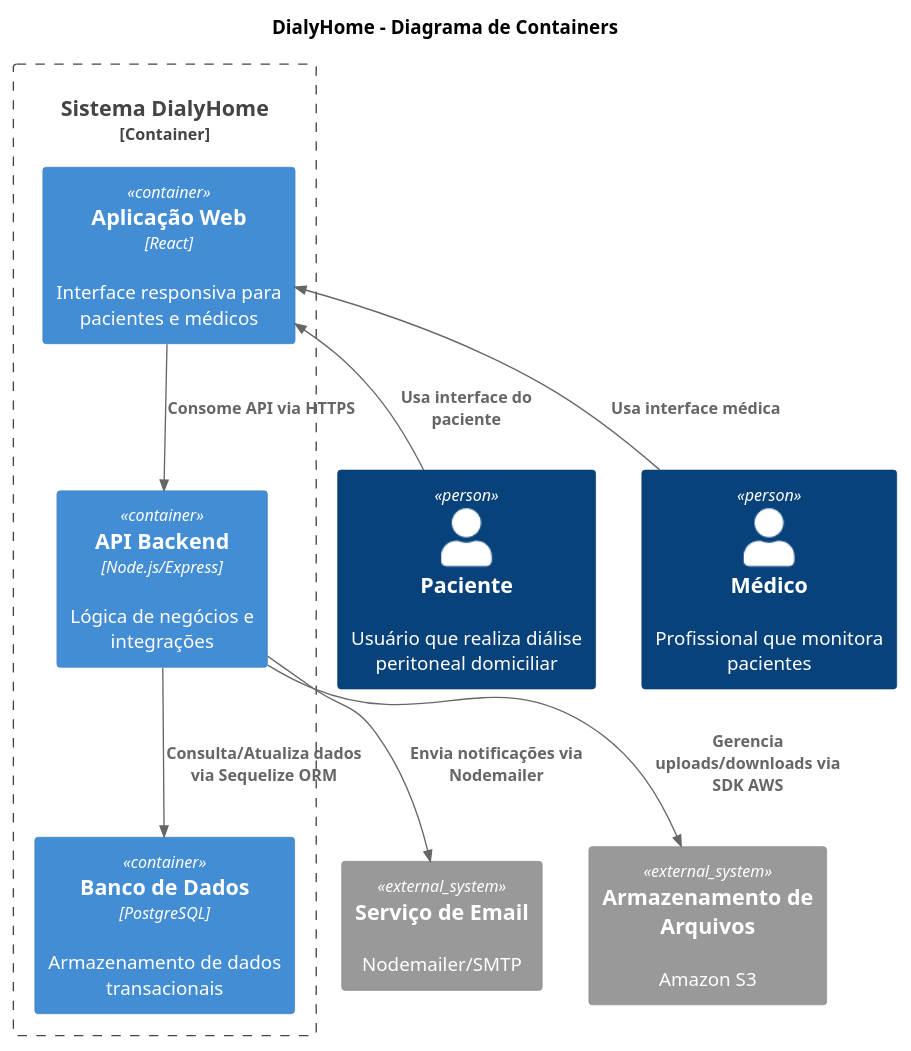
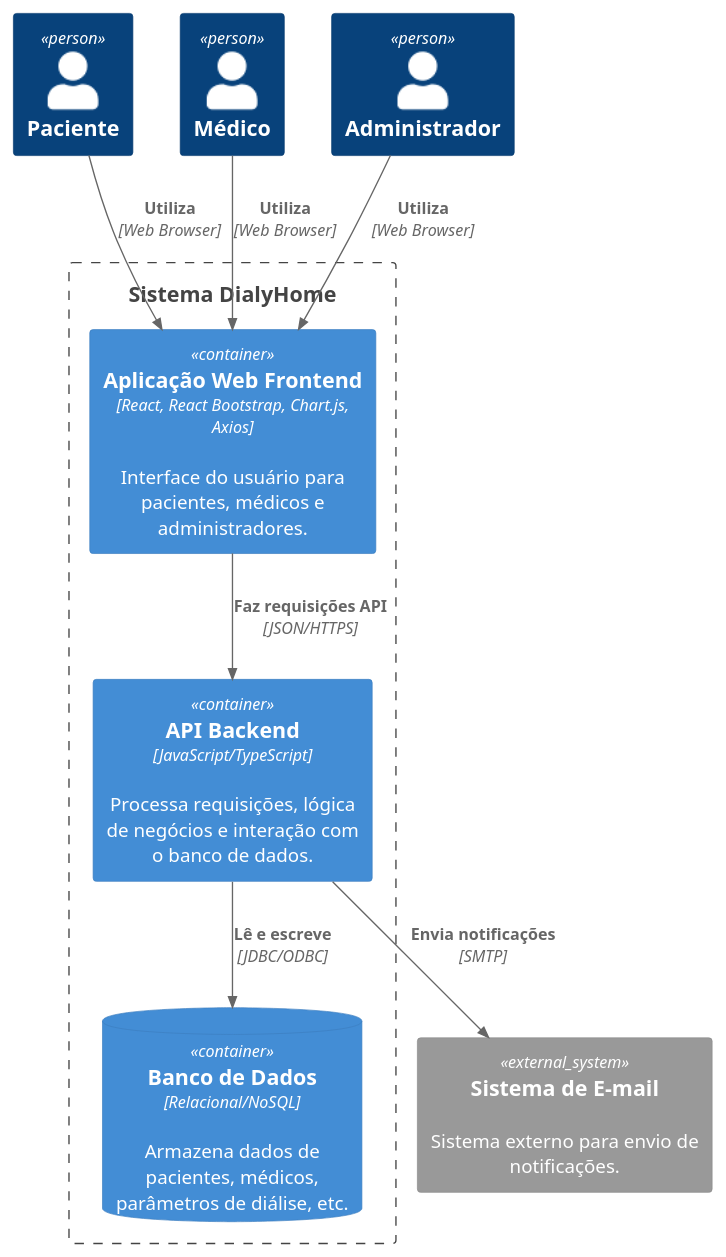
The diagram in C4model_dialise_peritonial_Nivel2_Containers.puml (Gabriela-Oliveira-Portifolio/DialyHome), drawn with PlantUML before and after one commit.

```diff
--- a/C4model_dialise_peritonial_Nivel2_Containers.puml
+++ b/C4model_dialise_peritonial_Nivel2_Containers.puml
@@ -1,26 +1,23 @@
 @startuml
-!includeurl https://raw.githubusercontent.com/plantuml-stdlib/C4-PlantUML/master/C4_Container.puml
+!include https://raw.githubusercontent.com/plantuml-stdlib/C4-PlantUML/master/C4_Container.puml
 
-title DialyHome - Diagrama de Containers
+Person(patient, "Paciente")
+Person(doctor, "Médico")
+Person(admin, "Administrador")
 
-' Definindo os atores do sistema
-Person(paciente, "Paciente", "Usuário que realiza diálise peritoneal domiciliar")
-Person(medico, "Médico", "Profissional que monitora pacientes")
+System_Ext(email_system, "Sistema de E-mail", "Sistema externo para envio de notificações.")
 
-Container_Boundary(sistema, "Sistema DialyHome") {
-    Container(web, "Aplicação Web", "React", "Interface responsiva para pacientes e médicos")
-    Container(api, "API Backend", "Node.js/Express", "Lógica de negócios e integrações")
-    Container(db, "Banco de Dados", "PostgreSQL", "Armazenamento de dados transacionais")
+Boundary(dialyhome_system, "Sistema DialyHome") {
+  Container(web_app, "Aplicação Web Frontend", "React, React Bootstrap, Chart.js, Axios", "Interface do usuário para pacientes, médicos e administradores.")
+  Container(api_backend, "API Backend", "JavaScript/TypeScript", "Processa requisições, lógica de negócios e interação com o banco de dados.")
+  ContainerDb(database, "Banco de Dados", "Relacional/NoSQL", "Armazena dados de pacientes, médicos, parâmetros de diálise, etc.")
 }
 
-System_Ext(email, "Serviço de Email", "Nodemailer/SMTP")
-System_Ext(s3, "Armazenamento de Arquivos", "Amazon S3")
+Rel(patient, web_app, "Utiliza", "Web Browser")
+Rel(doctor, web_app, "Utiliza", "Web Browser")
+Rel(admin, web_app, "Utiliza", "Web Browser")
+Rel(web_app, api_backend, "Faz requisições API", "JSON/HTTPS")
+Rel(api_backend, database, "Lê e escreve", "JDBC/ODBC")
+Rel(api_backend, email_system, "Envia notificações", "SMTP")
 
-Rel(web, api, "Consome API via HTTPS")
-Rel(api, db, "Consulta/Atualiza dados via Sequelize ORM")
-Rel(api, email, "Envia notificações via Nodemailer")
-Rel(api, s3, "Gerencia uploads/downloads via SDK AWS")
-
-Rel_U(paciente, web, "Usa interface do paciente")
-Rel_U(medico, web, "Usa interface médica")
 @enduml
```
